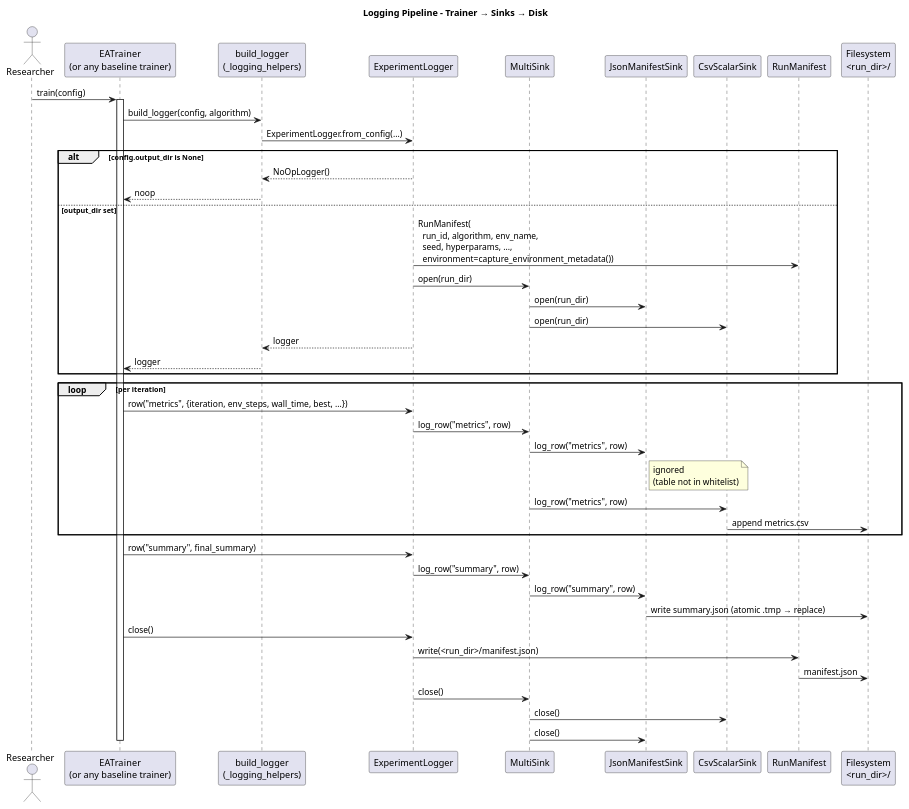
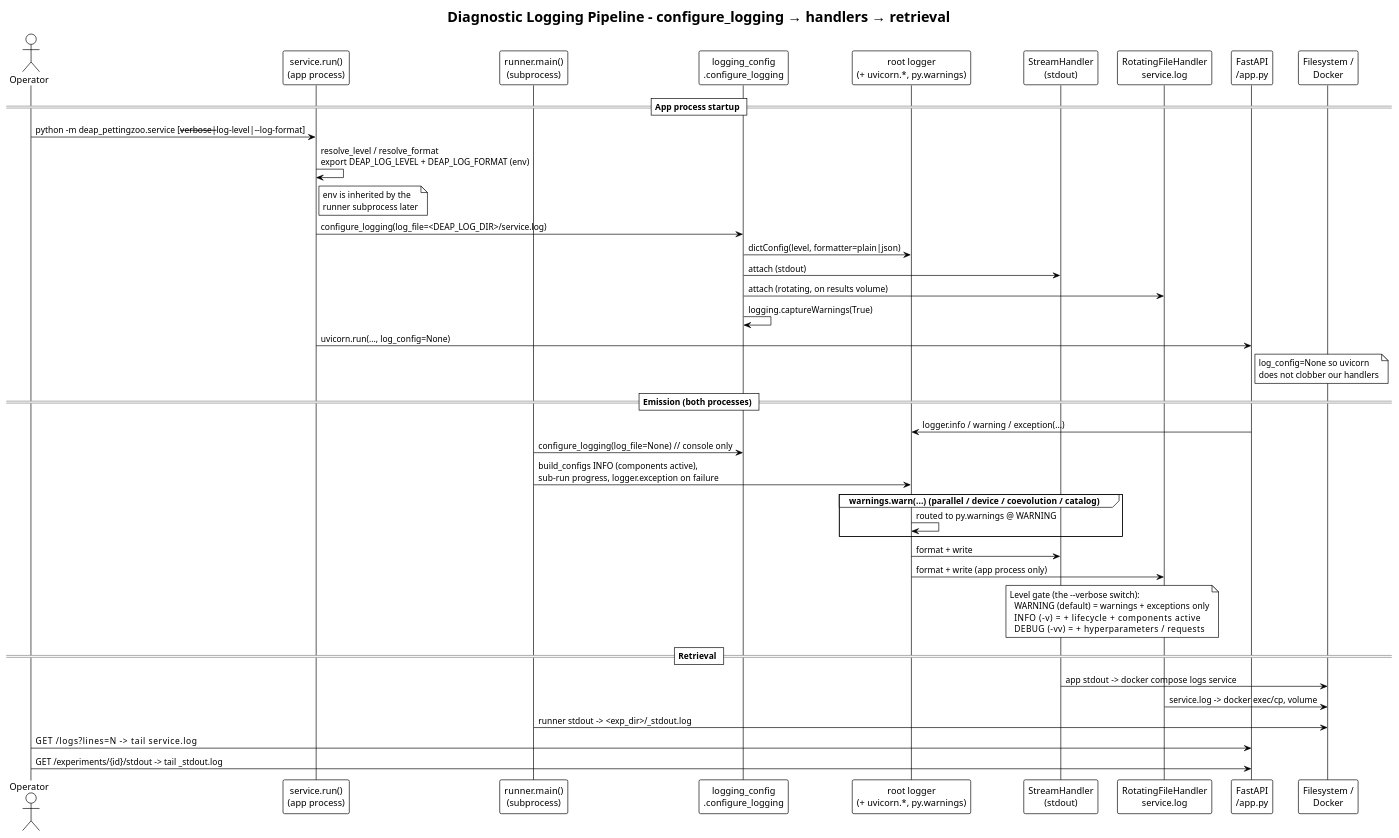
The diagram in docs/UML/sequence_logging_pipeline.puml (Alex180504/DEAP-Zoo-bridge), drawn with PlantUML before and after one commit. The commit also changed 20 other files, not shown here.

Commit message:
Add centralised exception logging for the backend service

```diff
--- a/docs/UML/sequence_logging_pipeline.puml
+++ b/docs/UML/sequence_logging_pipeline.puml
@@ -1,52 +1,55 @@
 @startuml sequence_logging_pipeline
-title Logging Pipeline – Trainer → Sinks → Disk
+!theme plain
+title Diagnostic Logging Pipeline – configure_logging → handlers → retrieval
 
-actor "Researcher" as R
-participant "EATrainer\n(or any baseline trainer)" as T
-participant "build_logger\n(_logging_helpers)" as BL
-participant "ExperimentLogger" as EL
-participant "MultiSink" as MS
-participant "JsonManifestSink" as JMS
-participant "CsvScalarSink" as CSV
-participant "RunManifest" as RM
-participant "Filesystem\n<run_dir>/" as FS
+' NOTE: This is backend *diagnostic* logging (exceptions, warnings, lifecycle,
+' component activation).  For the *experiment-results* pipeline (metrics /
+' checkpoints / manifests) see sequence_experiment_logging.puml.
 
-R -> T: train(config)
-activate T
-T -> BL: build_logger(config, algorithm)
-BL -> EL: ExperimentLogger.from_config(...)
-alt config.output_dir is None
-    EL --> BL: NoOpLogger()
-    BL --> T: noop
-else output_dir set
-    EL -> RM: RunManifest(\n  run_id, algorithm, env_name,\n  seed, hyperparams, ...,\n  environment=capture_environment_metadata())
-    EL -> MS: open(run_dir)
-    MS -> JMS: open(run_dir)
-    MS -> CSV: open(run_dir)
-    EL --> BL: logger
-    BL --> T: logger
+actor Operator as Op
+participant "service.run()\n(app process)" as Run
+participant "runner.main()\n(subprocess)" as Runner
+participant "logging_config\n.configure_logging" as Cfg
+participant "root logger\n(+ uvicorn.*, py.warnings)" as Root
+participant "StreamHandler\n(stdout)" as Console
+participant "RotatingFileHandler\nservice.log" as FileH
+participant "FastAPI\n/app.py" as API
+participant "Filesystem /\nDocker" as FS
+
+== App process startup ==
+Op -> Run: python -m deap_pettingzoo.service [--verbose|--log-level|--log-format]
+Run -> Run: resolve_level / resolve_format\nexport DEAP_LOG_LEVEL + DEAP_LOG_FORMAT (env)
+note right of Run: env is inherited by the\nrunner subprocess later
+Run -> Cfg: configure_logging(log_file=<DEAP_LOG_DIR>/service.log)
+Cfg -> Root: dictConfig(level, formatter=plain|json)
+Cfg -> Console: attach (stdout)
+Cfg -> FileH: attach (rotating, on results volume)
+Cfg -> Cfg: logging.captureWarnings(True)
+Run -> API: uvicorn.run(..., log_config=None)
+note right of API: log_config=None so uvicorn\ndoes not clobber our handlers
+
+== Emission (both processes) ==
+API -> Root: logger.info / warning / exception(...)
+Runner -> Cfg: configure_logging(log_file=None)  // console only
+Runner -> Root: build_configs INFO (components active),\nsub-run progress, logger.exception on failure
+group warnings.warn(...)  (parallel / device / coevolution / catalog)
+    Root -> Root: routed to py.warnings @ WARNING
 end
+Root -> Console: format + write
+Root -> FileH: format + write (app process only)
 
-loop per iteration
-    T -> EL: row("metrics", {iteration, env_steps, wall_time, best, ...})
-    EL -> MS: log_row("metrics", row)
-    MS -> JMS: log_row("metrics", row)
-    note right of JMS: ignored\n(table not in whitelist)
-    MS -> CSV: log_row("metrics", row)
-    CSV -> FS: append metrics.csv
-end
+note over Console,FileH
+  Level gate (the --verbose switch):
+    WARNING  (default) = warnings + exceptions only
+    INFO     (-v)      = + lifecycle + components active
+    DEBUG    (-vv)     = + hyperparameters / requests
+end note
 
-T -> EL: row("summary", final_summary)
-EL -> MS: log_row("summary", row)
-MS -> JMS: log_row("summary", row)
-JMS -> FS: write summary.json (atomic .tmp → replace)
-
-T -> EL: close()
-EL -> RM: write(<run_dir>/manifest.json)
-RM -> FS: manifest.json
-EL -> MS: close()
-MS -> CSV: close()
-MS -> JMS: close()
-deactivate T
+== Retrieval ==
+Console -> FS: app stdout  -> docker compose logs service
+FileH   -> FS: service.log -> docker exec/cp, volume
+Runner  -> FS: runner stdout -> <exp_dir>/_stdout.log
+Op -> API: GET /logs?lines=N           -> tail service.log
+Op -> API: GET /experiments/{id}/stdout -> tail _stdout.log
 
 @enduml
```
